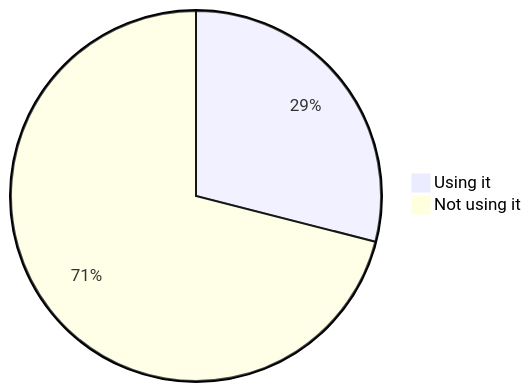
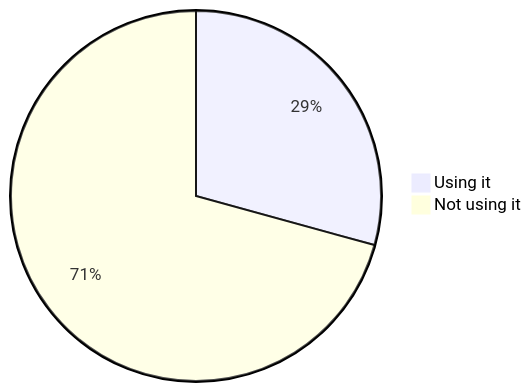
One commit to oshp/oshp-stats changed diagram 14 of 22 in stats.md. Above: the diagram before and after it, drawn with Mermaid. The commit also changed other lines of this file, not shown here.

````diff
--- a/stats.md
+++ b/stats.md
@@ -166,6 +166,6 @@
 ```mermaid
 pie
-	"Using it" : 28.97
-	"Not using it" : 71.03
+	"Using it" : 29.27
+	"Not using it" : 70.73
 
 ```
````
